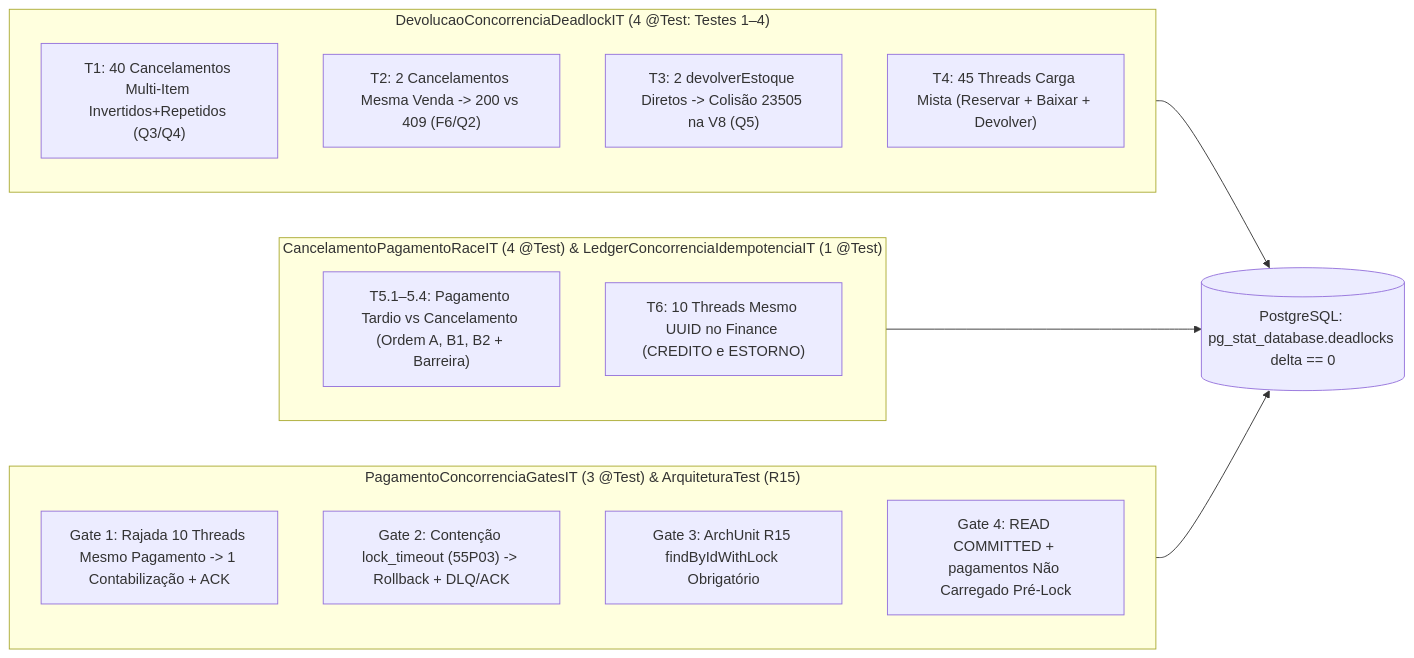
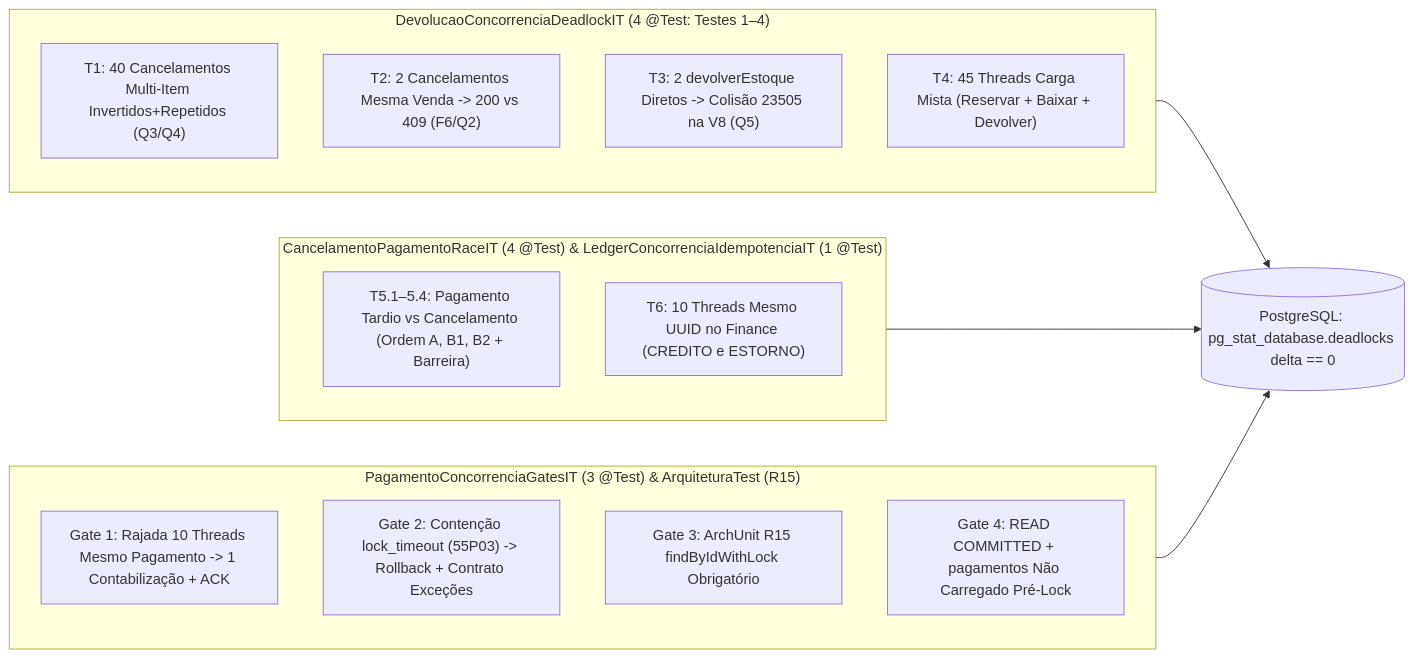
The diagram in docs/debt/DEBT-ARCH-003/E4.md (iXDGabrielTK/petshop-microservices), drawn with Mermaid before and after one commit. The commit also changed other lines of this file and 4 other files, not shown here.

````diff
--- a/docs/debt/DEBT-ARCH-003/E4.md
+++ b/docs/debt/DEBT-ARCH-003/E4.md
@@ -36,23 +36,23 @@
 ```mermaid
 flowchart LR
     subgraph T14["DevolucaoConcorrenciaDeadlockIT (4 @Test: Testes 1–4)"]
         T1["T1: 40 Cancelamentos Multi-Item Invertidos+Repetidos (Q3/Q4)"]
         T2["T2: 2 Cancelamentos Mesma Venda -> 200 vs 409 (F6/Q2)"]
         T3["T3: 2 devolverEstoque Diretos -> Colisão 23505 na V8 (Q5)"]
         T4["T4: 45 Threads Carga Mista (Reservar + Baixar + Devolver)"]
     end
     subgraph T56["CancelamentoPagamentoRaceIT (4 @Test) & LedgerConcorrenciaIdempotenciaIT (1 @Test)"]
         T5["T5.1–5.4: Pagamento Tardio vs Cancelamento (Ordem A, B1, B2 + Barreira)"]
         T6["T6: 10 Threads Mesmo UUID no Finance (CREDITO e ESTORNO)"]
     end
     subgraph G14["PagamentoConcorrenciaGatesIT (3 @Test) & ArquiteturaTest (R15)"]
         G1["Gate 1: Rajada 10 Threads Mesmo Pagamento -> 1 Contabilização + ACK"]
-        G2["Gate 2: Contenção lock_timeout (55P03) -> Rollback + DLQ/ACK"]
+        G2["Gate 2: Contenção lock_timeout (55P03) -> Rollback + Contrato Exceções"]
         G3["Gate 3: ArchUnit R15 findByIdWithLock Obrigatório"]
         G4["Gate 4: READ COMMITTED + pagamentos Não Carregado Pré-Lock"]
     end
     PG[("PostgreSQL: pg_stat_database.deadlocks delta == 0")]
     T14 --> PG
     T56 --> PG
     G14 --> PG
 ```
````
